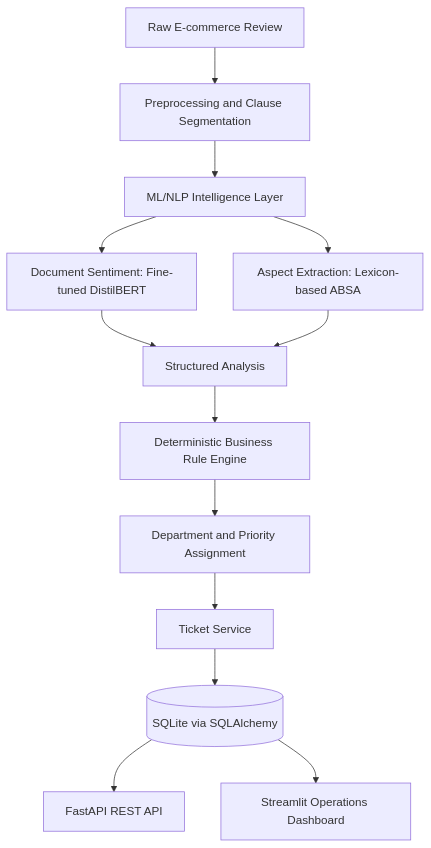
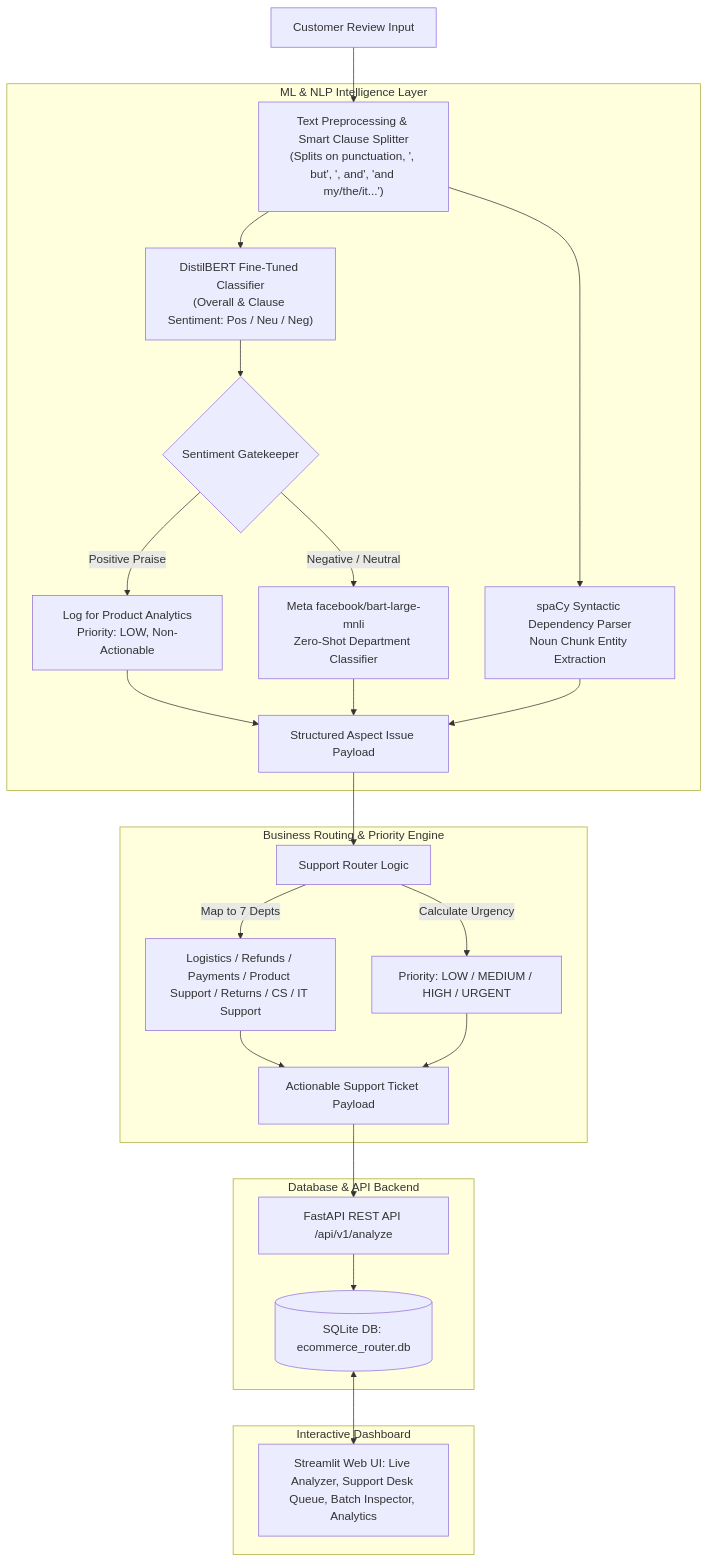
Before and after one commit to prathmesh-nitnaware/review_router: the first of 3 diagrams in README.md, drawn with Mermaid. The commit also changed other lines of this file, not shown here.

````diff
--- a/README.md
+++ b/README.md
@@ -44,15 +9,32 @@
 ```mermaid
 flowchart TD
-    A["Raw E-commerce Review"] --> B["Preprocessing and Clause Segmentation"]
-    B --> C["ML/NLP Intelligence Layer"]
-    C --> D["Document Sentiment: Fine-tuned DistilBERT"]
-    C --> E["Aspect Extraction: Lexicon-based ABSA"]
-    D --> F["Structured Analysis"]
-    E --> F
-    F --> G["Deterministic Business Rule Engine"]
-    G --> H["Department and Priority Assignment"]
-    H --> I["Ticket Service"]
-    I --> J[("SQLite via SQLAlchemy")]
-    J --> K["FastAPI REST API"]
-    J --> L["Streamlit Operations Dashboard"]
+    A["Customer Review Input"] --> B["Text Preprocessing & Smart Clause Splitter<br/>(Splits on punctuation, ', but', ', and', 'and my/the/it...')"]
+    
+    subgraph ML_Intelligence_Layer ["ML & NLP Intelligence Layer"]
+        B --> C["DistilBERT Fine-Tuned Classifier<br/>(Overall & Clause Sentiment: Pos / Neu / Neg)"]
+        C --> GATE{"Sentiment Gatekeeper"}
+        
+        GATE -->|Positive Praise| PRAISE["Log for Product Analytics<br/>Priority: LOW, Non-Actionable"]
+        GATE -->|Negative / Neutral| ZS["Meta facebook/bart-large-mnli<br/>Zero-Shot Department Classifier"]
+        B --> SP["spaCy Syntactic Dependency Parser<br/>Noun Chunk Entity Extraction"]
+        
+        ZS & SP --> E["Structured Aspect Issue Payload"]
+        PRAISE --> E
+    end
+
+    subgraph Business_Routing_Layer ["Business Routing & Priority Engine"]
+        E --> F["Support Router Logic"]
+        F -->|Map to 7 Depts| G["Logistics / Refunds / Payments / Product Support / Returns / CS / IT Support"]
+        F -->|Calculate Urgency| H["Priority: LOW / MEDIUM / HIGH / URGENT"]
+        G & H --> I["Actionable Support Ticket Payload"]
+    end
+
+    subgraph Persistence_API_Layer ["Database & API Backend"]
+        I --> J["FastAPI REST API /api/v1/analyze"]
+        J --> K[("SQLite DB: ecommerce_router.db")]
+    end
+
+    subgraph Frontend_UI_Layer ["Interactive Dashboard"]
+        K <--> L["Streamlit Web UI: Live Analyzer, Support Desk Queue, Batch Inspector, Analytics"]
+    end
 ```
````
